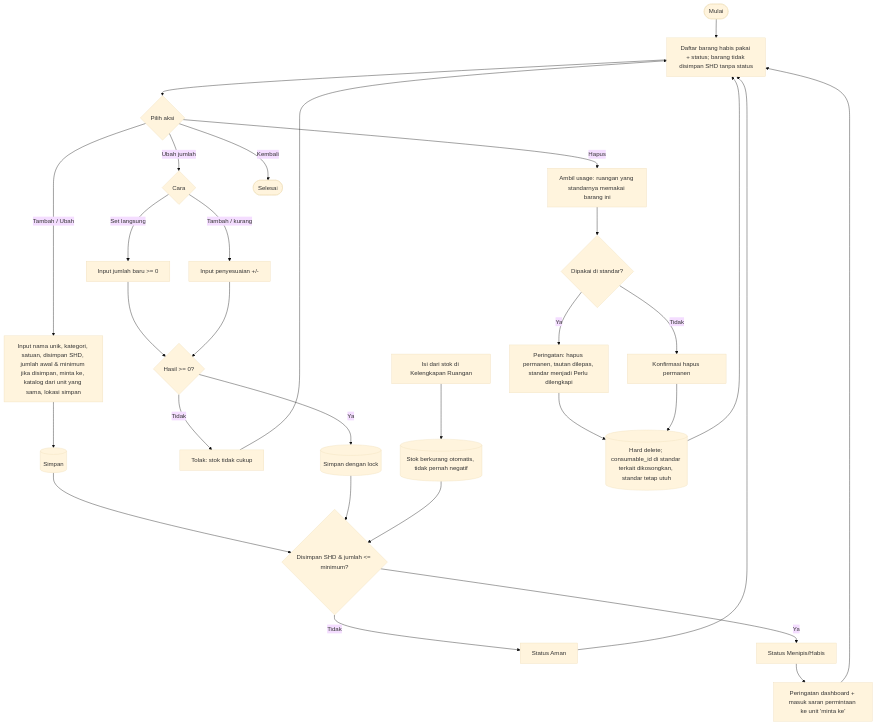
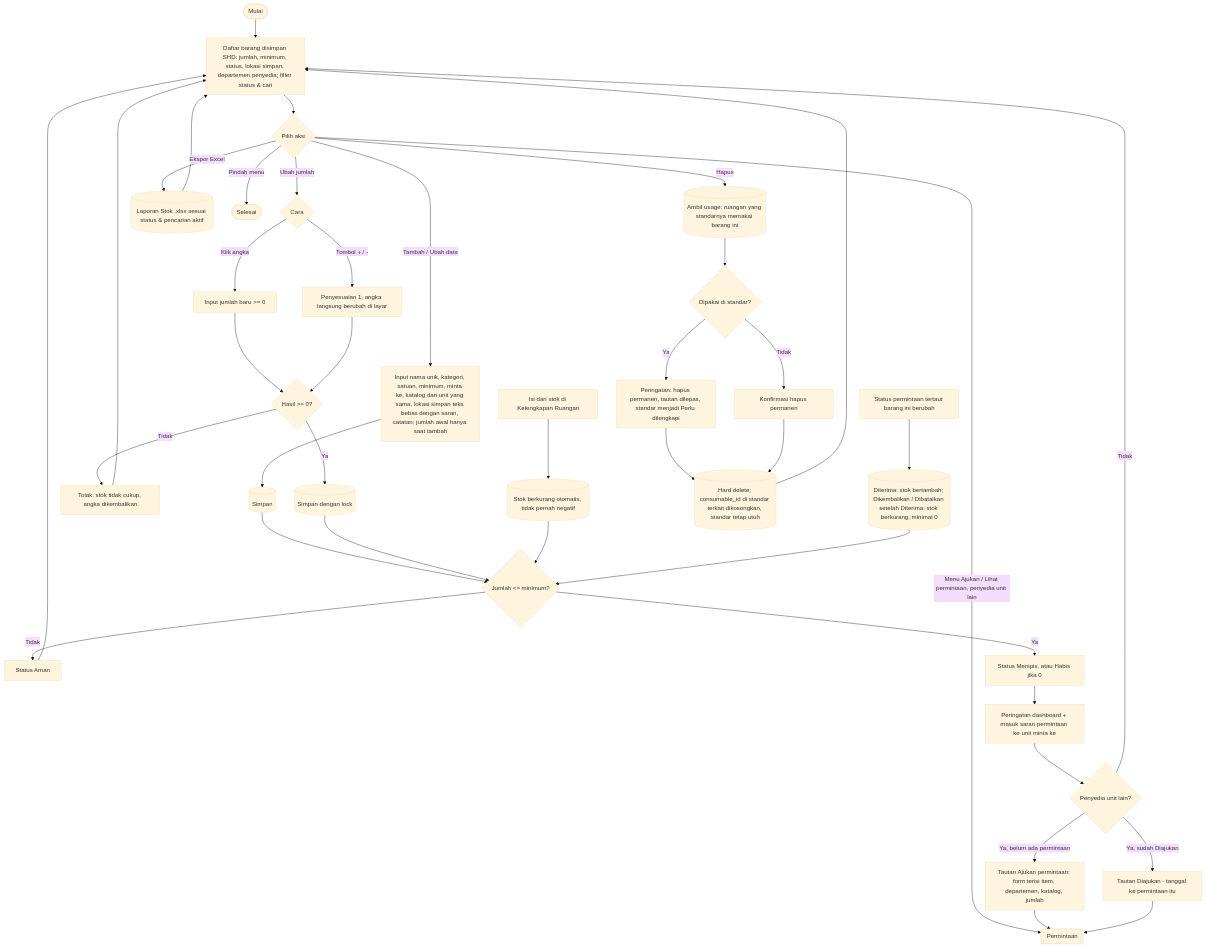
Before and after one commit to mrizqihidayat/system-tracking-asset: the eighth of 9 diagrams in docs/flowchart.md, drawn with Mermaid (base theme). The commit also changed other lines of this file and 49 other files, not shown here.

Commit message:
T26m dan flowchart terbaru

````diff
--- a/docs/flowchart.md
+++ b/docs/flowchart.md
@@ -215,22 +286,35 @@
 ```mermaid
 flowchart TD
-    A([Mulai]) --> B[Daftar barang habis pakai + status; barang tidak disimpan SHD tanpa status]
+    A([Mulai]) --> B[Daftar barang disimpan SHD: jumlah, minimum, status, lokasi simpan, departemen penyedia; filter status & cari]
     B --> C{Pilih aksi}
-    C -- Tambah / Ubah --> T1[Input nama unik, kategori, satuan, disimpan SHD, jumlah awal & minimum jika disimpan, minta ke, katalog dari unit yang sama, lokasi simpan] --> T2[(Simpan)] --> CEK
+
+    C -- Tambah / Ubah data --> T1[Input nama unik, kategori, satuan, minimum, minta ke, katalog dari unit yang sama, lokasi simpan teks bebas dengan saran, catatan; jumlah awal hanya saat tambah] --> T2[(Simpan)] --> CEK
+
     C -- Ubah jumlah --> J0{Cara}
-    J0 -- Set langsung --> J1[Input jumlah baru >= 0]
-    J0 -- Tambah / kurang --> J2[Input penyesuaian +/-]
+    J0 -- Klik angka --> J1[Input jumlah baru >= 0]
+    J0 -- Tombol + / - --> J2[Penyesuaian 1, angka langsung berubah di layar]
     J1 & J2 --> J3{Hasil >= 0?}
-    J3 -- Tidak --> J4[Tolak: stok tidak cukup] --> B
+    J3 -- Tidak --> J4[Tolak: stok tidak cukup, angka dikembalikan] --> B
     J3 -- Ya --> J5[(Simpan dengan lock)] --> CEK
+
     R0[Isi dari stok di Kelengkapan Ruangan] --> R1[(Stok berkurang otomatis, tidak pernah negatif)] --> CEK
-    C -- Hapus --> H0[Ambil usage: ruangan yang standarnya memakai barang ini]
+    R2[Status permintaan tertaut barang ini berubah] --> R3[(Diterima: stok bertambah; Dikembalikan / Dibatalkan setelah Diterima: stok berkurang, minimal 0)] --> CEK
+
+    C -- Hapus --> H0[(Ambil usage: ruangan yang standarnya memakai barang ini)]
     H0 --> H1{Dipakai di standar?}
     H1 -- Ya --> H2[Peringatan: hapus permanen, tautan dilepas, standar menjadi Perlu dilengkapi]
     H1 -- Tidak --> H3[Konfirmasi hapus permanen]
     H2 & H3 --> H4[(Hard delete; consumable_id di standar terkait dikosongkan, standar tetap utuh)] --> B
-    CEK{Disimpan SHD & jumlah <= minimum?}
+
+    C -- Menu Ajukan / Lihat permintaan, penyedia unit lain --> S6a[[Permintaan]]
+
+    C -- Ekspor Excel --> X1[(Laporan Stok .xlsx sesuai status & pencarian aktif)] --> B
+    C -- Pindah menu --> Z([Selesai])
+
+    CEK{Jumlah <= minimum?}
     CEK -- Tidak --> S1[Status Aman] --> B
-    CEK -- Ya --> S2[Status Menipis/Habis] --> S3[Peringatan dashboard + masuk saran permintaan ke unit 'minta ke'] --> B
-    C -- Kembali --> Z([Selesai])
+    CEK -- Ya --> S2[Status Menipis, atau Habis jika 0] --> S3[Peringatan dashboard + masuk saran permintaan ke unit minta ke] --> S4{Penyedia unit lain?}
+    S4 -- Tidak --> B
+    S4 -- Ya, belum ada permintaan --> S5a[Tautan Ajukan permintaan: form terisi item, departemen, katalog, jumlah] --> S6a
+    S4 -- Ya, sudah Diajukan --> S7a[Tautan Diajukan · tanggal ke permintaan itu] --> S6a
 ```
````
